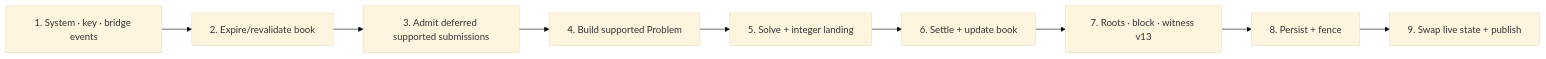
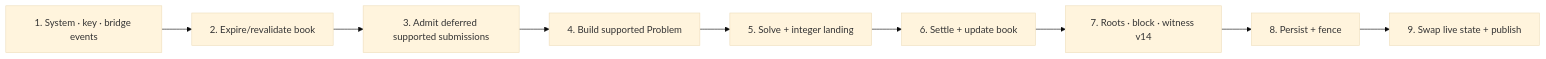
Before and after one commit to MetaB0y/sybil: the diagram in docs/architecture/03-sequencing/Block Lifecycle.md, drawn with Mermaid (base theme). The commit also changed other lines of this file and 73 other files, not shown here.

````diff
--- a/docs/architecture/03-sequencing/Block Lifecycle.md
+++ b/docs/architecture/03-sequencing/Block Lifecycle.md
@@ -28,11 +28,11 @@
 ```mermaid
 flowchart LR
     EVENTS["1. System · key · bridge events"] --> BOOK["2. Expire/revalidate book"]
     BOOK --> ADMIT["3. Admit deferred supported submissions"]
     ADMIT --> PROBLEM["4. Build supported Problem"]
     PROBLEM --> SOLVE["5. Solve + integer landing"]
     SOLVE --> SETTLE["6. Settle + update book"]
-    SETTLE --> SEAL["7. Roots · block · witness v13"]
+    SETTLE --> SEAL["7. Roots · block · witness v14"]
     SEAL --> PERSIST["8. Persist + fence"]
     PERSIST --> COMMIT["9. Swap live state + publish"]
 ```
````
